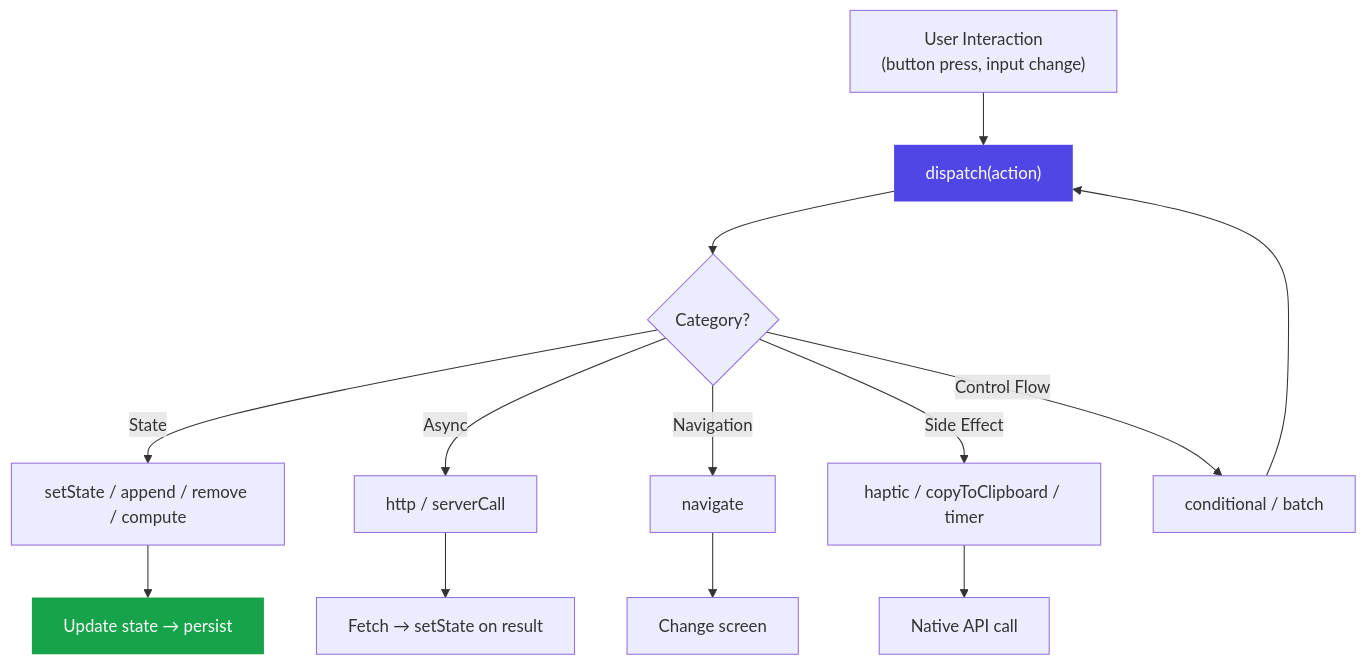
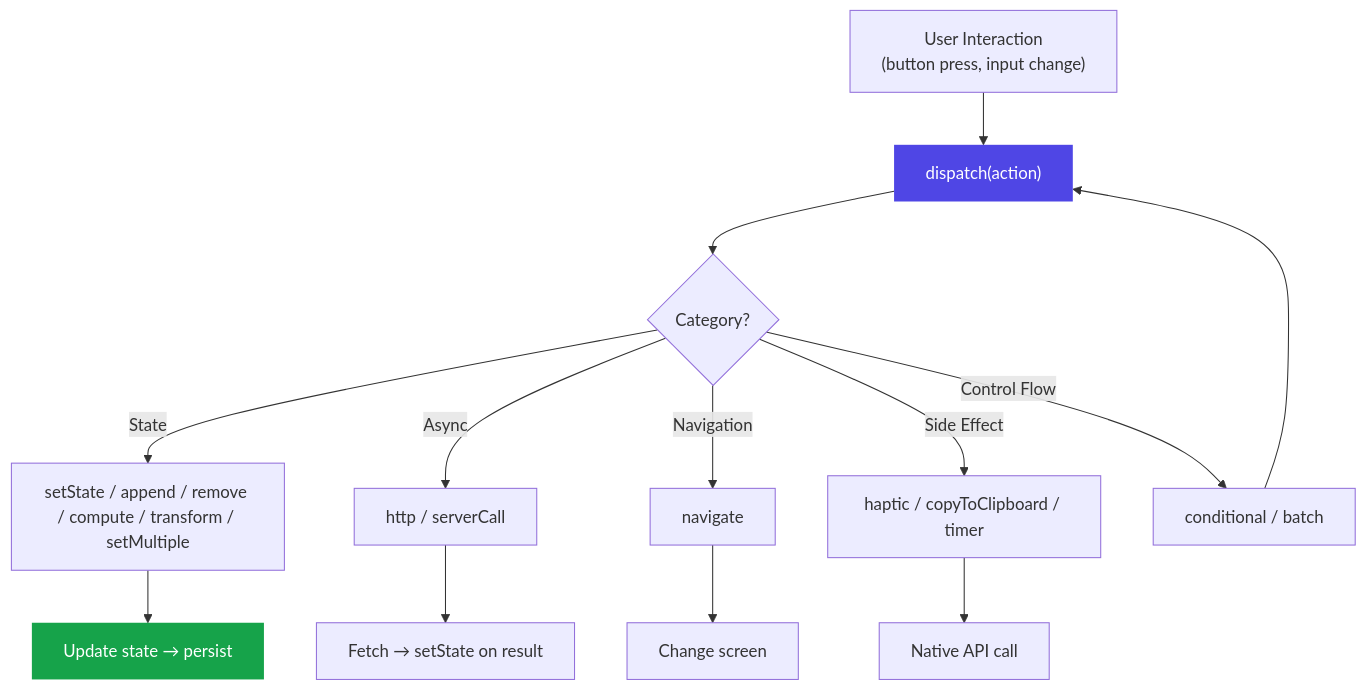
Before and after one commit to wartelth/baristapp: the diagram in docs/docs/schema/actions.md, drawn with Mermaid. The commit also changed other lines of this file and 21 other files, not shown here.

````diff
--- a/docs/docs/schema/actions.md
+++ b/docs/docs/schema/actions.md
@@ -12,22 +12,22 @@
 ```mermaid
 flowchart TD
     Trigger["User Interaction<br/>(button press, input change)"]
     Trigger --> Dispatch["dispatch(action)"]
 
     Dispatch --> Cat{"Category?"}
 
-    Cat -->|State| State["setState / append / remove / compute"]
+    Cat -->|State| State["setState / append / remove / compute / transform / setMultiple"]
     Cat -->|Async| Async["http / serverCall"]
     Cat -->|Navigation| Nav["navigate"]
     Cat -->|Side Effect| Side["haptic / copyToClipboard / timer"]
     Cat -->|Control Flow| Control["conditional / batch"]
 
     State --> Persist["Update state → persist"]
     Async --> Fetch["Fetch → setState on result"]
     Nav --> Screen["Change screen"]
     Side --> Native["Native API call"]
     Control --> Dispatch
 
     style Dispatch fill:#4f46e5,color:#fff,stroke:none
     style Persist fill:#16a34a,color:#fff,stroke:none
 ```
````
